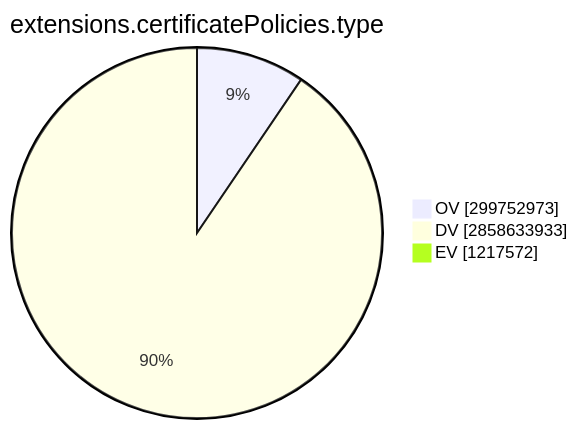
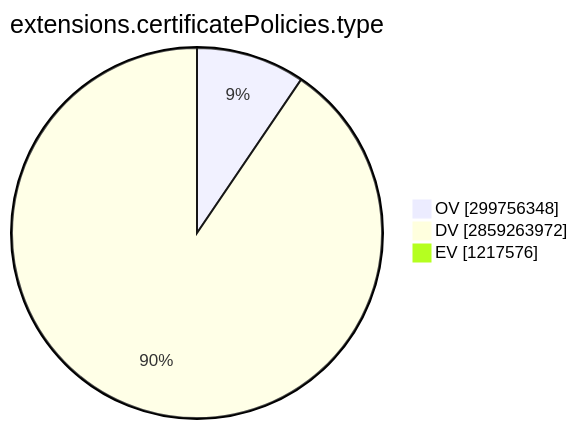
Before and after one commit to christiankrug/ctmonitor_visualization: the ninth of 15 diagrams in TOTAL/README.md, drawn with Mermaid. The commit also changed other lines of this file, not shown here.

````diff
--- a/TOTAL/README.md
+++ b/TOTAL/README.md
@@ -3101,7 +3101,7 @@
 ```mermaid
 pie showData
 title extensions.certificatePolicies.type
-"OV" :299752973
-"DV" :2858633933
-"EV" :1217572
+"OV" :299756348
+"DV" :2859263972
+"EV" :1217576
 ```
````
